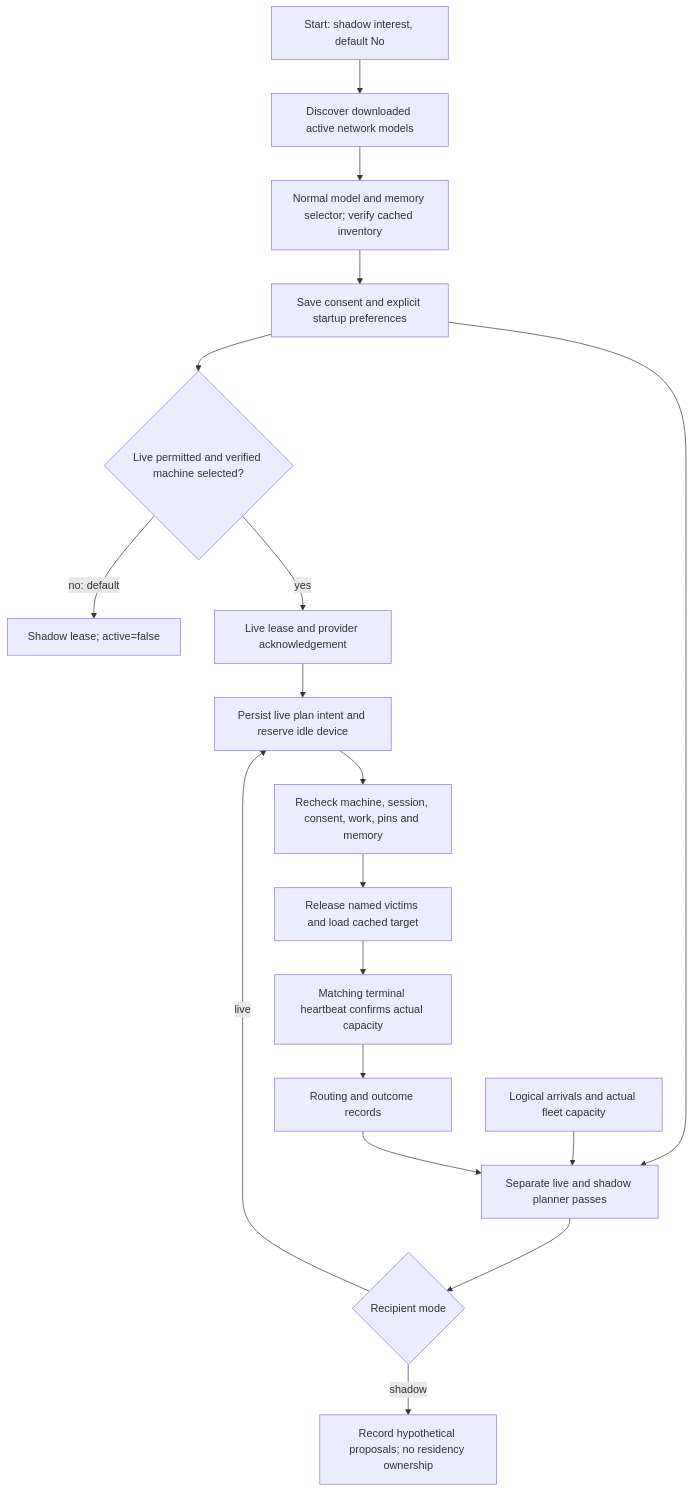
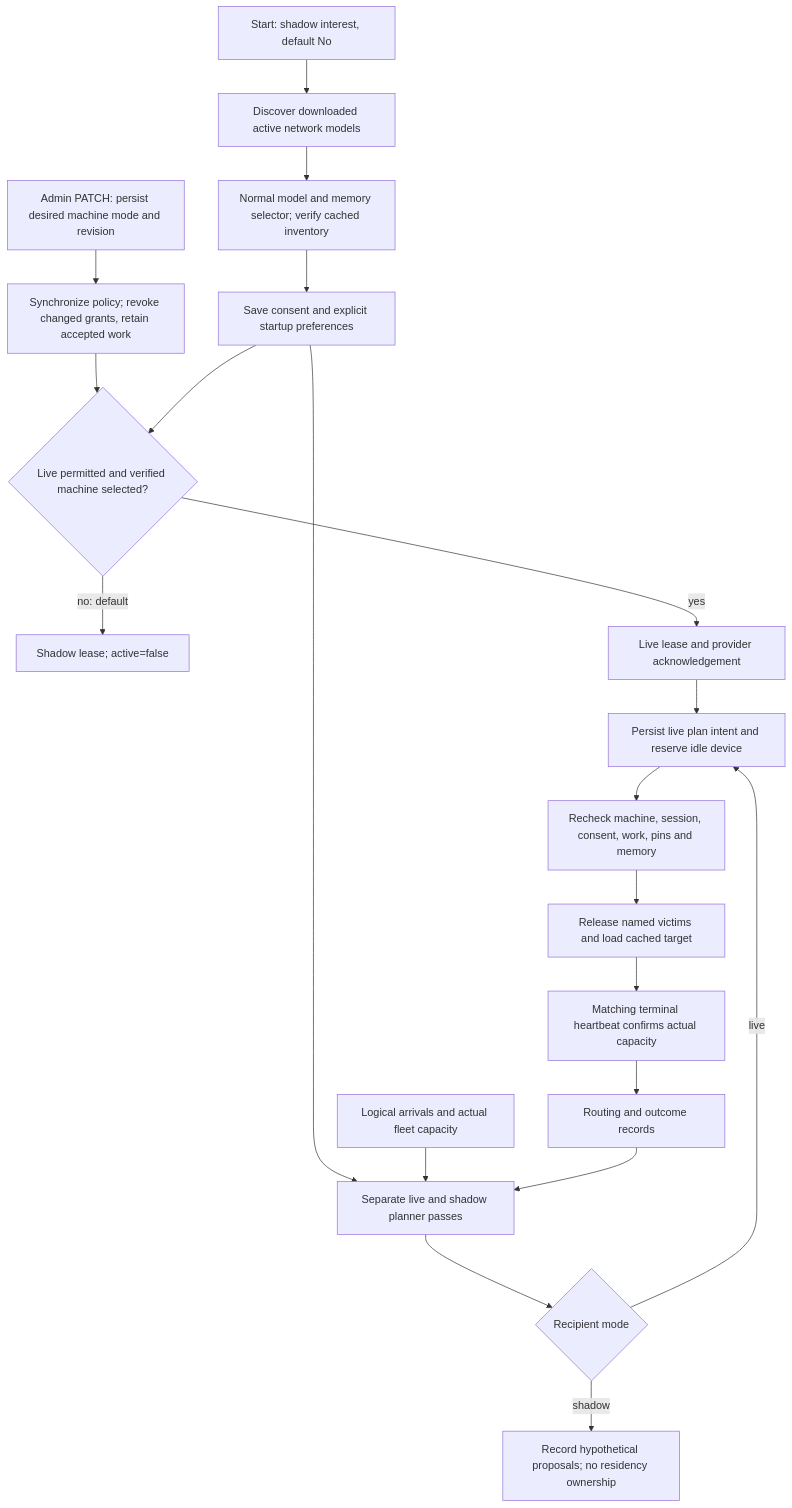
The diagram in docs/architecture/model-autopilot.md (Layr-Labs/d-inference), drawn with Mermaid before and after one commit. The commit also changed other lines of this file and 67 other files, not shown here.

Commit message:
feat(autopilot): persist machine modes behind admin API

````diff
--- a/docs/architecture/model-autopilot.md
+++ b/docs/architecture/model-autopilot.md
@@ -20,20 +20,22 @@
 ```mermaid
 flowchart TD
   A["Start: shadow interest, default No"] --> B["Discover downloaded active network models"]
   B --> C["Normal model and memory selector; verify cached inventory"]
   C --> D["Save consent and explicit startup preferences"]
+  M["Admin PATCH: persist desired machine mode and revision"] --> N["Synchronize policy; revoke changed grants, retain accepted work"]
+  N --> E
   D --> E{"Live permitted and verified machine selected?"}
   D --> G["Separate live and shadow planner passes"]
   F["Logical arrivals and actual fleet capacity"] --> G
   E -->|"no: default"| S["Shadow lease; active=false"]
   E -->|"yes"| V["Live lease and provider acknowledgement"]
   V --> H
   G --> R{"Recipient mode"}
   R -->|"shadow"| P["Record hypothetical proposals; no residency ownership"]
   R -->|"live"| H["Persist live plan intent and reserve idle device"]
   H --> I["Recheck machine, session, consent, work, pins and memory"]
   I --> J["Release named victims and load cached target"]
   J --> K["Matching terminal heartbeat confirms actual capacity"]
   K --> L["Routing and outcome records"]
   L --> G
 ```
````
